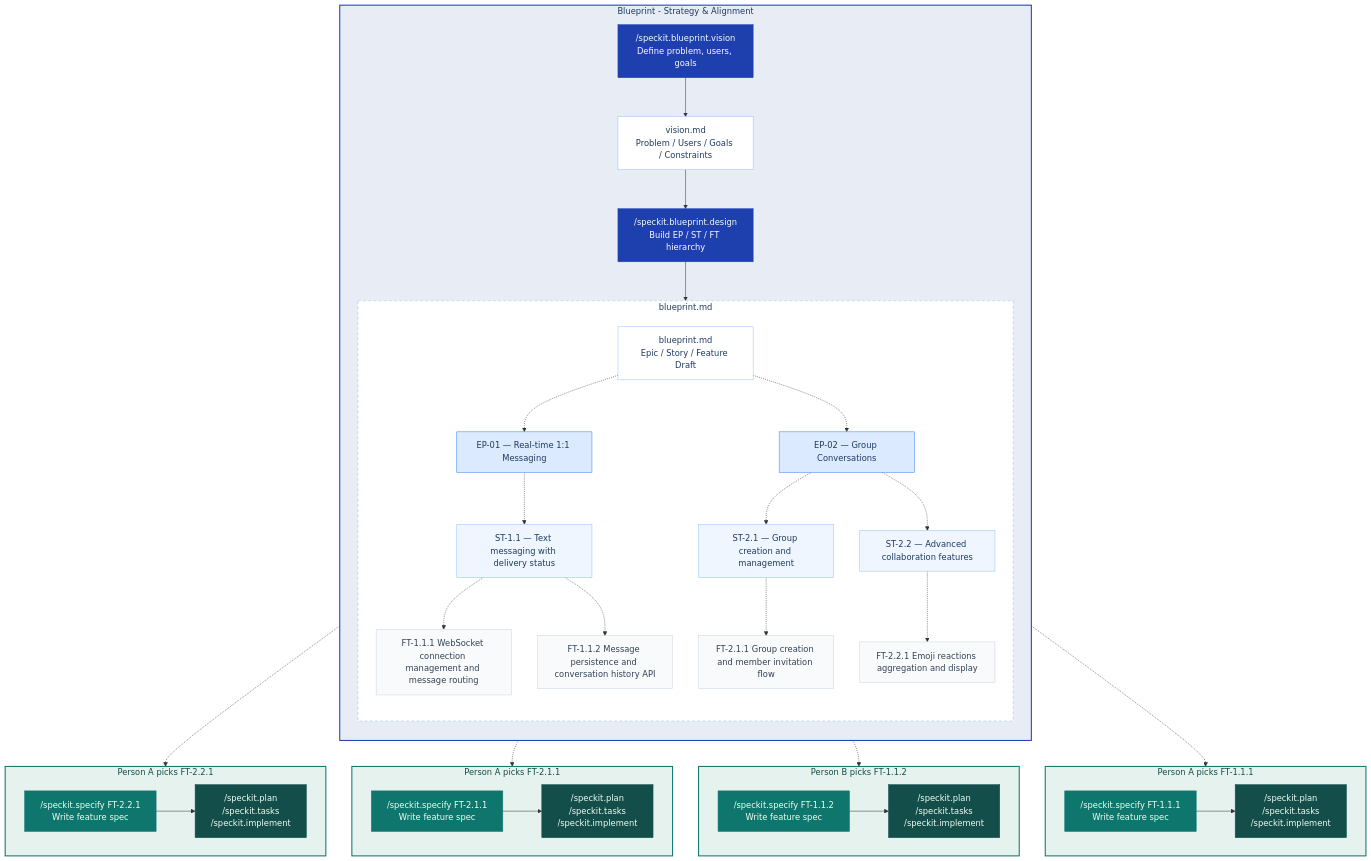
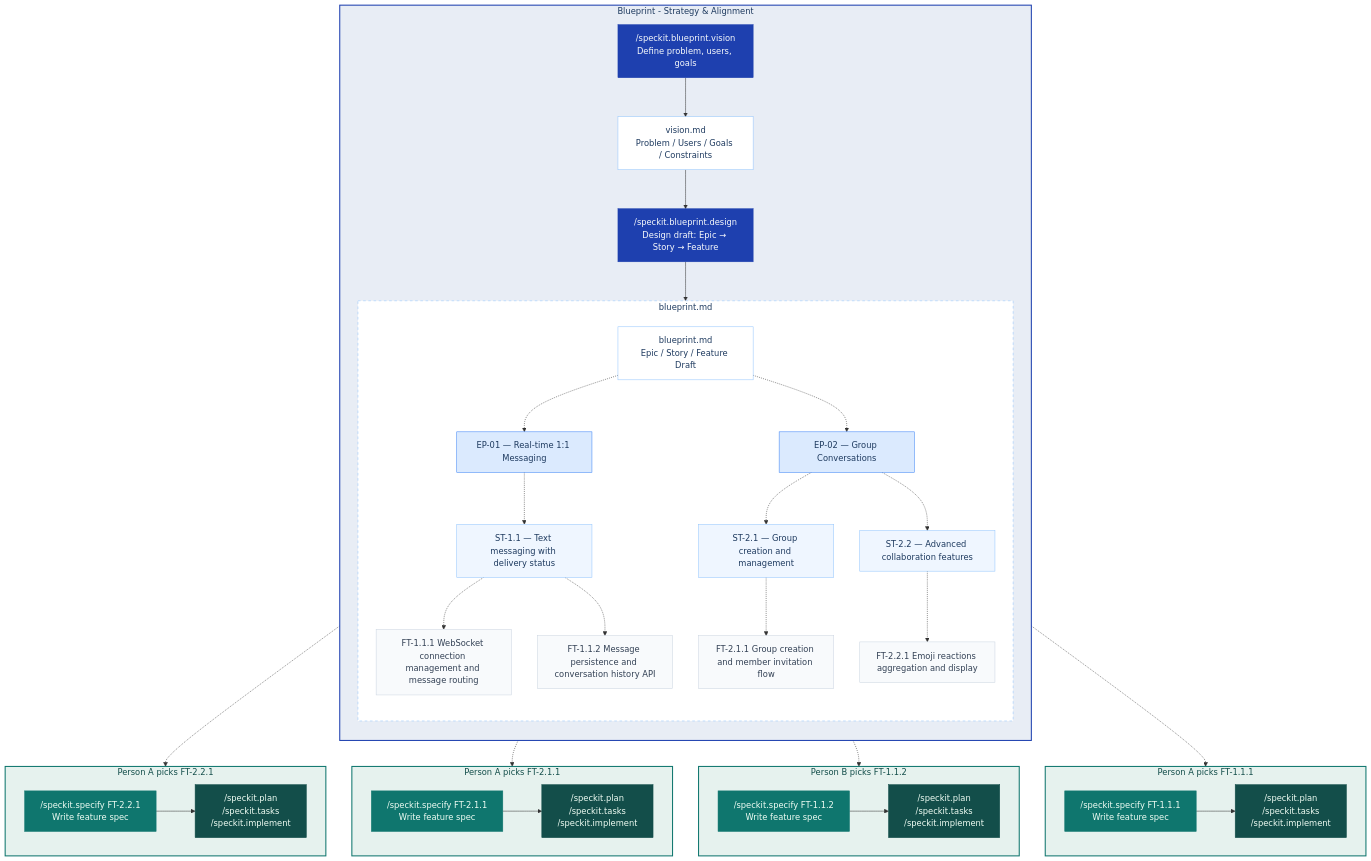
Before and after one commit to jaeryun/spec-kit-blueprint: the diagram in README.md, drawn with Mermaid.

Commit message:
docs: fix mermaid diagram label for design command

````diff
--- a/README.md
+++ b/README.md
@@ -22,78 +22,78 @@
 ```mermaid
 flowchart TD
     B["/speckit.blueprint.vision<br/>Define problem, users, goals"]
 
     subgraph BP ["Blueprint - Strategy & Alignment"]
         direction TB
         B --> V["vision.md<br/>Problem / Users / Goals / Constraints"]
-        V --> C["/speckit.blueprint.design<br/>Build EP / ST / FT hierarchy"]
+        V --> C["/speckit.blueprint.design<br/>Design draft: Epic → Story → Feature"]
         C --> R["blueprint.md<br/>Epic / Story / Feature Draft"]
 
         subgraph HIER ["blueprint.md"]
             direction TB
             R -.-> EP1["EP-01 — Real-time 1:1 Messaging"]
             EP1 -.-> ST1["ST-1.1 — Text messaging with delivery status"]
             ST1 -.-> FT_1_1_1["FT-1.1.1 WebSocket connection management and message routing"]
             ST1 -.-> FT_1_1_2["FT-1.1.2 Message persistence and conversation history API"]
 
             R -.-> EP2["EP-02 — Group Conversations"]
             EP2 -.-> ST2["ST-2.1 — Group creation and management"]
             ST2 -.-> FT_2_1_1["FT-2.1.1 Group creation and member invitation flow"]
             EP2 -.-> ST3["ST-2.2 — Advanced collaboration features"]
             ST3 -.-> FT_2_2_1["FT-2.2.1 Emoji reactions aggregation and display"]
         end
     end
 
     subgraph DEV1 ["Person A picks FT-1.1.1"]
         direction LR
         S_1_1_1["/speckit.specify FT-1.1.1<br/>Write feature spec"] --> N_1_1_1["/speckit.plan<br/>/speckit.tasks<br/>/speckit.implement"]
     end
 
     subgraph DEV2 ["Person B picks FT-1.1.2"]
         direction LR
         S_1_1_2["/speckit.specify FT-1.1.2<br/>Write feature spec"] --> N_1_1_2["/speckit.plan<br/>/speckit.tasks<br/>/speckit.implement"]
     end
 
     subgraph DEV3 ["Person A picks FT-2.1.1"]
         direction LR
         S_2_1_1["/speckit.specify FT-2.1.1<br/>Write feature spec"] --> N_2_1_1["/speckit.plan<br/>/speckit.tasks<br/>/speckit.implement"]
     end
 
     subgraph DEV4 ["Person A picks FT-2.2.1"]
         direction LR
         S_2_2_1["/speckit.specify FT-2.2.1<br/>Write feature spec"] --> N_2_2_1["/speckit.plan<br/>/speckit.tasks<br/>/speckit.implement"]
     end
 
     FT_1_1_1 -.-> S_1_1_1
     FT_1_1_2 -.-> S_1_1_2
     FT_2_1_1 -.-> S_2_1_1
     FT_2_2_1 -.-> S_2_2_1
 
     style BP fill:#e8edf5,stroke:#1e40af,stroke-width:2px,color:#1e3a5f
     style HIER fill:#ffffff,stroke:#93c5fd,stroke-dasharray: 5 5,color:#1e3a5f
     style DEV1 fill:#e6f2ee,stroke:#0f766e,stroke-width:2px,color:#134e4a
     style DEV2 fill:#e6f2ee,stroke:#0f766e,stroke-width:2px,color:#134e4a
     style DEV3 fill:#e6f2ee,stroke:#0f766e,stroke-width:2px,color:#134e4a
     style DEV4 fill:#e6f2ee,stroke:#0f766e,stroke-width:2px,color:#134e4a
     style B fill:#1e40af,stroke:#1e40af,color:#f8fafc
     style C fill:#1e40af,stroke:#1e40af,color:#f8fafc
     style V fill:#ffffff,stroke:#93c5fd,color:#1e3a5f
     style R fill:#ffffff,stroke:#93c5fd,color:#1e3a5f
     style EP1 fill:#dbeafe,stroke:#3b82f6,color:#1e3a5f
     style EP2 fill:#dbeafe,stroke:#3b82f6,color:#1e3a5f
     style ST1 fill:#eff6ff,stroke:#93c5fd,color:#1e3a5f
     style ST2 fill:#eff6ff,stroke:#93c5fd,color:#1e3a5f
     style ST3 fill:#eff6ff,stroke:#93c5fd,color:#1e3a5f
     style FT_1_1_1 fill:#f8fafc,stroke:#cbd5e1,color:#334155
     style FT_1_1_2 fill:#f8fafc,stroke:#cbd5e1,color:#334155
     style FT_2_1_1 fill:#f8fafc,stroke:#cbd5e1,color:#334155
     style FT_2_2_1 fill:#f8fafc,stroke:#cbd5e1,color:#334155
     style S_1_1_1 fill:#0f766e,stroke:#0f766e,color:#f0fdf4
     style S_1_1_2 fill:#0f766e,stroke:#0f766e,color:#f0fdf4
     style S_2_1_1 fill:#0f766e,stroke:#0f766e,color:#f0fdf4
     style S_2_2_1 fill:#0f766e,stroke:#0f766e,color:#f0fdf4
     style N_1_1_1 fill:#134e4a,stroke:#134e4a,color:#f0fdf4
     style N_1_1_2 fill:#134e4a,stroke:#134e4a,color:#f0fdf4
     style N_2_1_1 fill:#134e4a,stroke:#134e4a,color:#f0fdf4
     style N_2_2_1 fill:#134e4a,stroke:#134e4a,color:#f0fdf4
 ```
````
